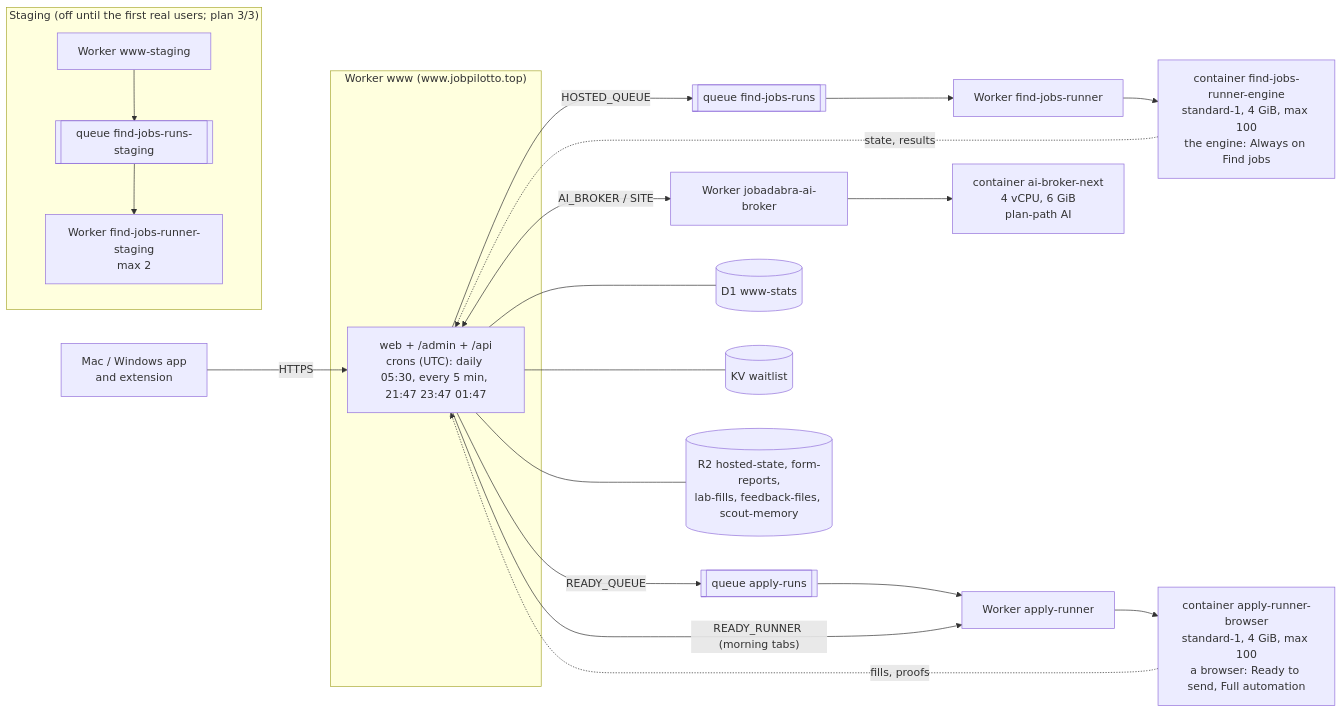
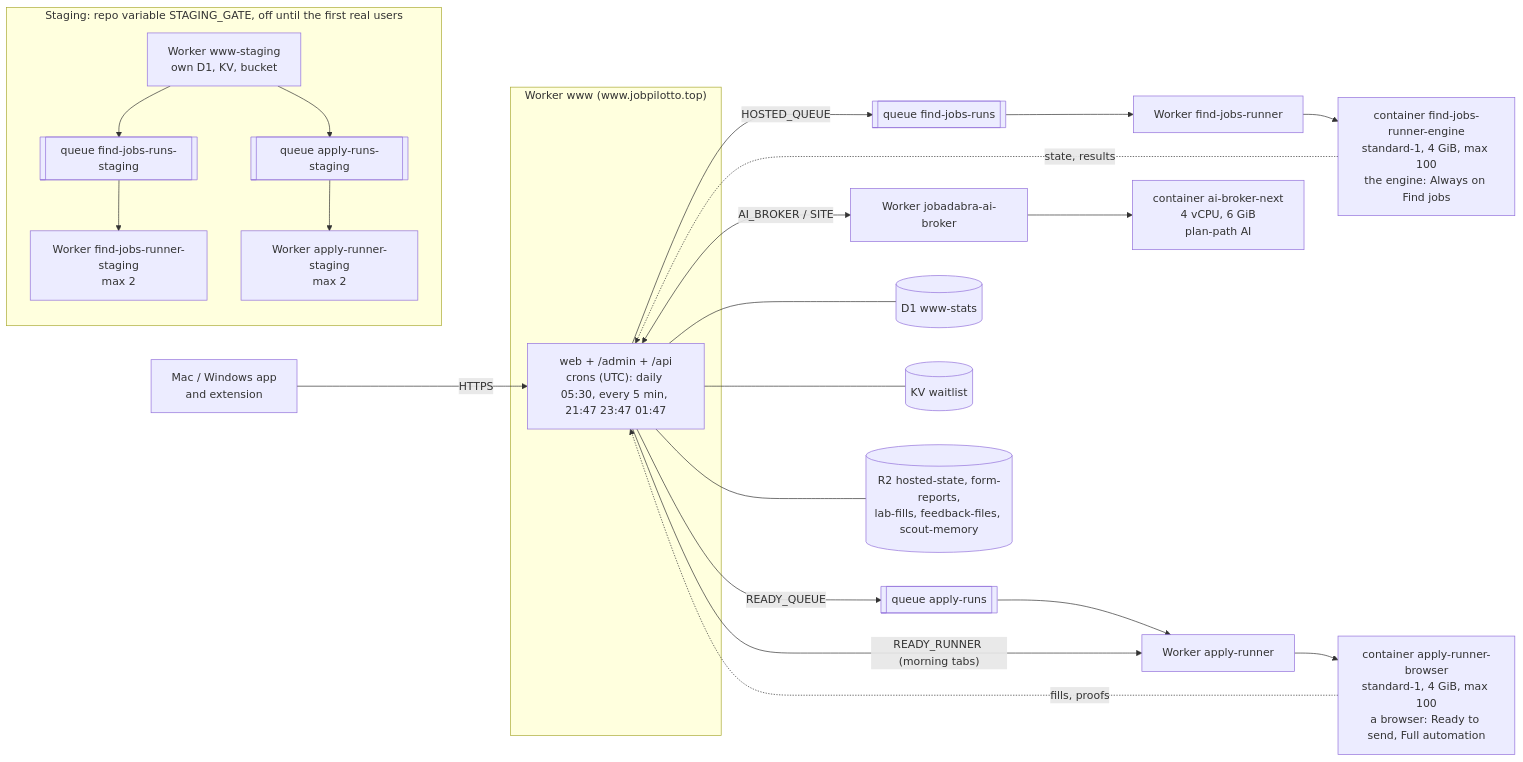
Before and after one commit to jobadabra/jobadabra-web: the diagram in README.md, drawn with Mermaid. The commit also changed other lines of this file and 12 other files, not shown here.

First line of the commit message:
[92] 3/3 Staging copies of the site and both runners, one switch, off (#640)

````diff
--- a/README.md
+++ b/README.md
@@ -30,24 +30,25 @@
 ```mermaid
 flowchart LR
   app["Mac / Windows app<br/>and extension"] -->|HTTPS| www
   subgraph site["Worker www (www.jobpilotto.top)"]
     www["web + /admin + /api<br/>crons (UTC): daily 05:30, every 5 min, 21:47 23:47 01:47"]
   end
   www -->|HOSTED_QUEUE| q1[["queue find-jobs-runs"]]
   q1 --> fjr["Worker find-jobs-runner"]
   fjr --> fjc["container find-jobs-runner-engine<br/>standard-1, 4 GiB, max 100<br/>the engine: Always on Find jobs"]
   www -->|READY_QUEUE| q2[["queue apply-runs"]]
   q2 --> ar["Worker apply-runner"]
   www -->|"READY_RUNNER (morning tabs)"| ar
   ar --> ac["container apply-runner-browser<br/>standard-1, 4 GiB, max 100<br/>a browser: Ready to send, Full automation"]
   fjc -. "state, results" .-> www
   ac -. "fills, proofs" .-> www
   www <-->|"AI_BROKER / SITE"| brk["Worker jobadabra-ai-broker"]
   brk --> bc["container ai-broker-next<br/>4 vCPU, 6 GiB<br/>plan-path AI"]
   www --- d1[("D1 www-stats")]
   www --- kv[("KV waitlist")]
   www --- r2[("R2 hosted-state, form-reports,<br/>lab-fills, feedback-files, scout-memory")]
-  subgraph staging["Staging (off until the first real users; plan 3/3)"]
-    wst["Worker www-staging"] --> q3[["queue find-jobs-runs-staging"]] --> fjs["Worker find-jobs-runner-staging<br/>max 2"]
+  subgraph staging["Staging: repo variable STAGING_GATE, off until the first real users"]
+    wst["Worker www-staging<br/>own D1, KV, bucket"] --> q3[["queue find-jobs-runs-staging"]] --> fjs["Worker find-jobs-runner-staging<br/>max 2"]
+    wst --> q4[["queue apply-runs-staging"]] --> aps["Worker apply-runner-staging<br/>max 2"]
   end
 ```
````
